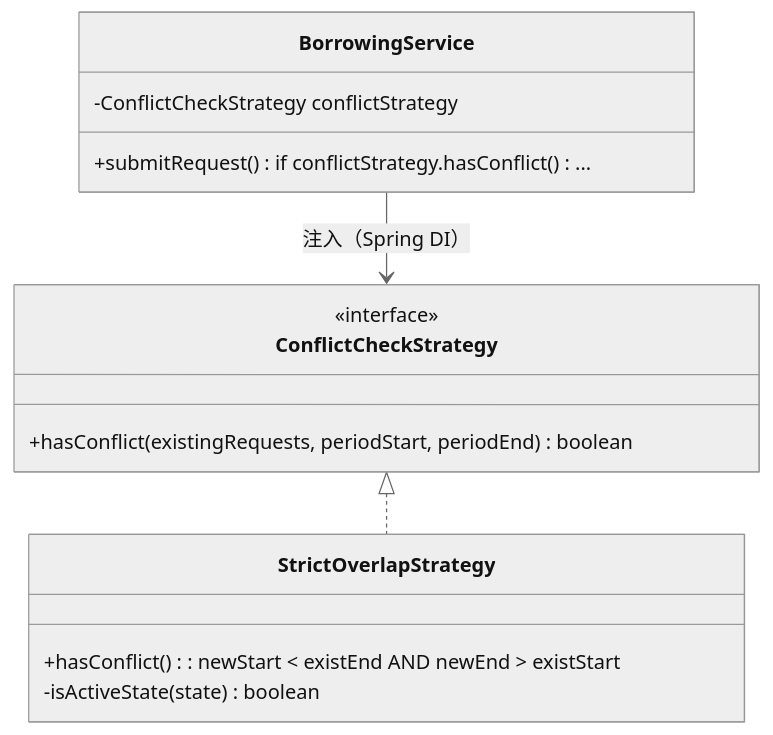
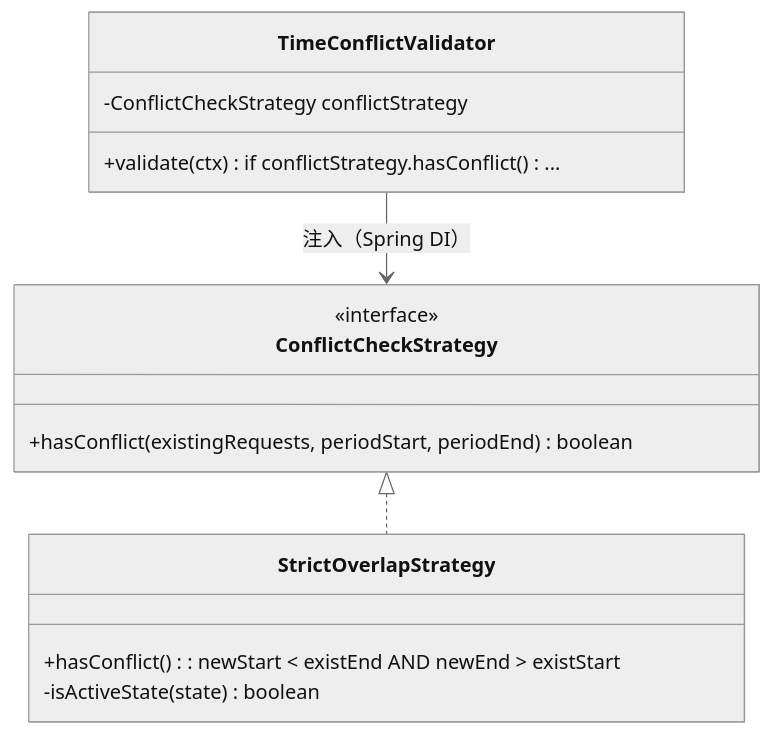
One commit to JW-Albert/114-2_FCU_Framework-Design-Final changed the fourth of 12 diagrams in README.md. Above: the diagram before and after it, drawn with Mermaid (neutral theme). The commit also changed other lines of this file and 18 other files, not shown here.

````diff
--- a/README.md
+++ b/README.md
@@ -239,18 +239,18 @@
 ```mermaid
 classDiagram
     class ConflictCheckStrategy {
         <<interface>>
         +hasConflict(existingRequests, periodStart, periodEnd) boolean
     }
     class StrictOverlapStrategy {
         +hasConflict() : newStart < existEnd AND newEnd > existStart
         -isActiveState(state) boolean
     }
-    class BorrowingService {
+    class TimeConflictValidator {
         -ConflictCheckStrategy conflictStrategy
-        +submitRequest() : if conflictStrategy.hasConflict()...
+        +validate(ctx) : if conflictStrategy.hasConflict()...
     }
 
     ConflictCheckStrategy <|.. StrictOverlapStrategy
-    BorrowingService --> ConflictCheckStrategy : 注入（Spring DI）
+    TimeConflictValidator --> ConflictCheckStrategy : 注入（Spring DI）
 ```
````
